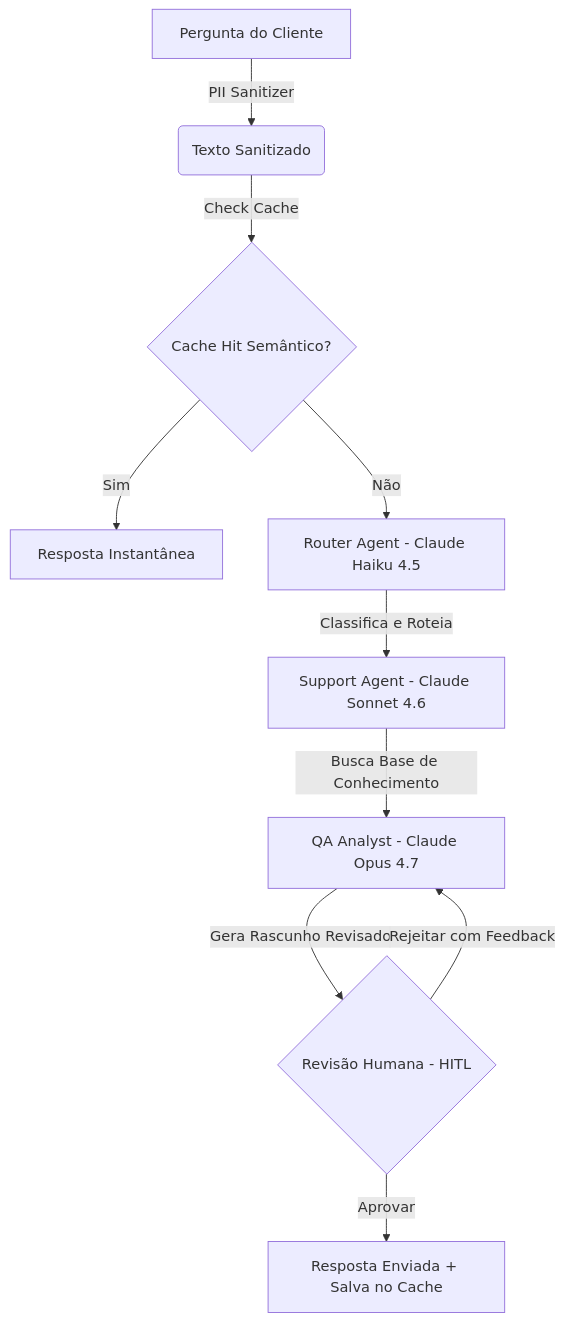
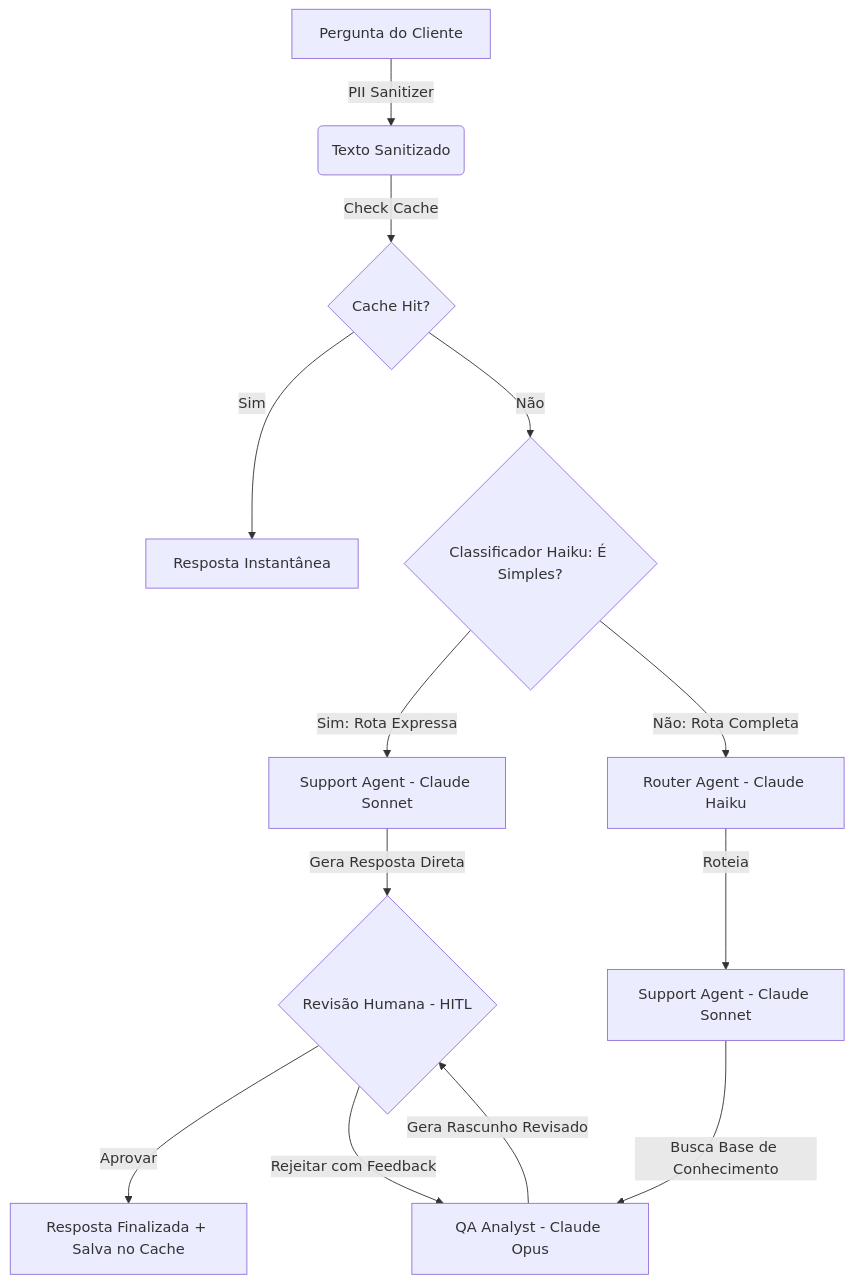
One commit to juliocode-job/production-crewai-system changed the diagram in README.md. Above: the diagram before and after it, drawn with Mermaid. The commit also changed other lines of this file and 19 other files, not shown here.

````diff
--- a/README.md
+++ b/README.md
@@ -13,12 +25,15 @@
 ```mermaid
 graph TD
     A[Pergunta do Cliente] -->|PII Sanitizer| B(Texto Sanitizado)
-    B -->|Check Cache| C{Cache Hit Semântico?}
+    B -->|Check Cache| C{Cache Hit?}
     C -->|Sim| D[Resposta Instantânea]
-    C -->|Não| E[Router Agent - Claude Haiku 4.5]
-    E -->|Classifica e Roteia| F[Support Agent - Claude Sonnet 4.6]
-    F -->|Busca Base de Conhecimento| G[QA Analyst - Claude Opus 4.7]
-    G -->|Gera Rascunho Revisado| H{Revisão Humana - HITL}
-    H -->|Aprovar| I[Resposta Enviada + Salva no Cache]
-    H -->|Rejeitar com Feedback| G
+    C -->|Não| E{Classificador Haiku: É Simples?}
+    E -->|Sim: Rota Expressa| F[Support Agent - Claude Sonnet]
+    E -->|Não: Rota Completa| G[Router Agent - Claude Haiku]
+    G -->|Roteia| H[Support Agent - Claude Sonnet]
+    H -->|Busca Base de Conhecimento| I[QA Analyst - Claude Opus]
+    I -->|Gera Rascunho Revisado| J{Revisão Humana - HITL}
+    F -->|Gera Resposta Direta| J
+    J -->|Aprovar| K[Resposta Finalizada + Salva no Cache]
+    J -->|Rejeitar com Feedback| I
 ```
````
